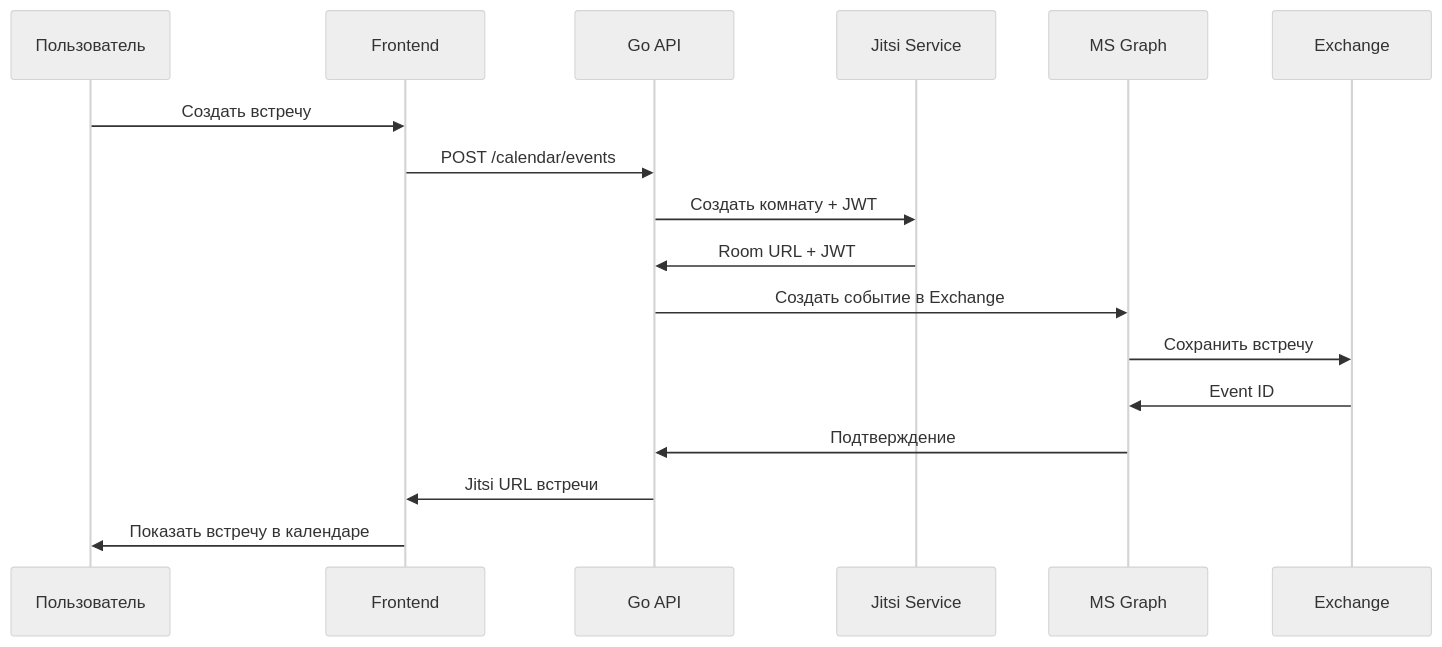
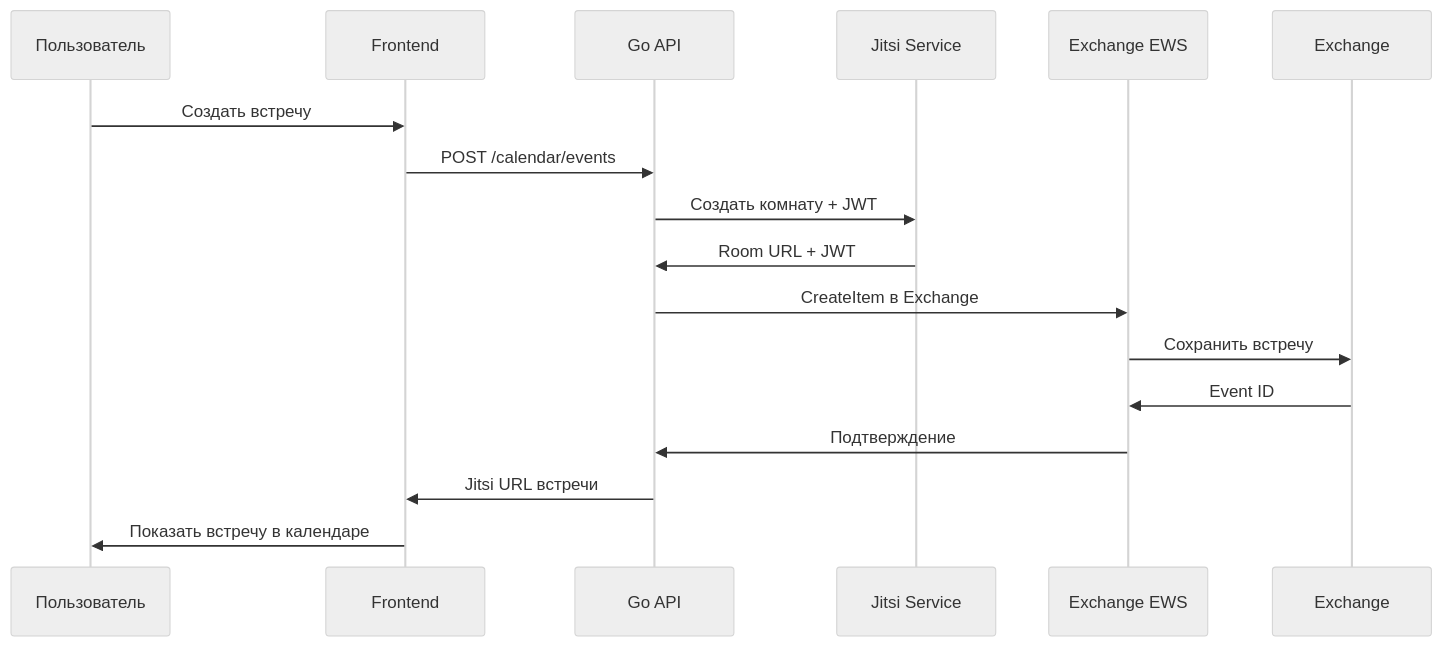
The seventh of 7 diagrams in docs/Architecture.md (qmish/Focus), drawn with Mermaid (neutral theme) before and after one commit. The commit also changed other lines of this file and 49 other files, not shown here.

````diff
--- a/docs/Architecture.md
+++ b/docs/Architecture.md
@@ -287,20 +287,20 @@
 ```mermaid
 sequenceDiagram
     participant U as Пользователь
     participant FE as Frontend
     participant API as Go API
     participant Jitsi as Jitsi Service
-    participant Graph as MS Graph
+    participant EWS as Exchange EWS
     participant Exch as Exchange
 
     U->>FE: Создать встречу
     FE->>API: POST /calendar/events
     API->>Jitsi: Создать комнату + JWT
     Jitsi->>API: Room URL + JWT
-    API->>Graph: Создать событие в Exchange
-    Graph->>Exch: Сохранить встречу
-    Exch->>Graph: Event ID
-    Graph->>API: Подтверждение
+    API->>EWS: CreateItem в Exchange
+    EWS->>Exch: Сохранить встречу
+    Exch->>EWS: Event ID
+    EWS->>API: Подтверждение
     API->>FE: Jitsi URL встречи
     FE->>U: Показать встречу в календаре
 ```
````
